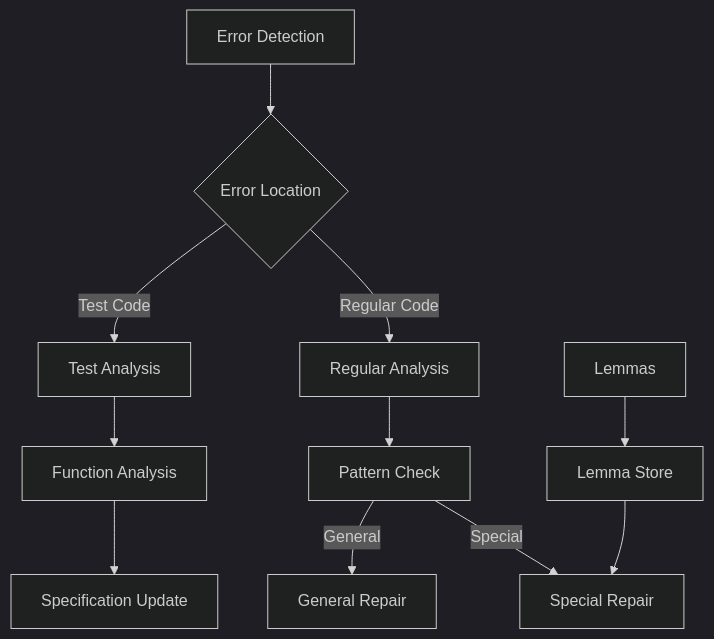
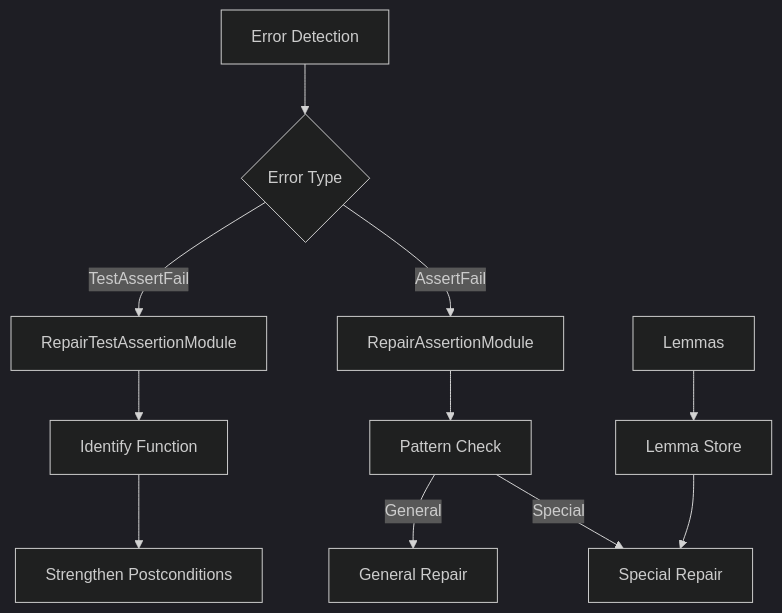
The second of 2 diagrams in documentation/technical/modules/repairs/assertion.md (ChuyueSun/VeriStruct), drawn with Mermaid (dark theme) before and after one commit. The commit also changed other lines of this file and 1 other file, not shown here.

First line of the commit message:
Refactor: Clean up assertion repair module separation

````diff
--- a/documentation/technical/modules/repairs/assertion.md
+++ b/documentation/technical/modules/repairs/assertion.md
@@ -88,16 +102,16 @@
 ```mermaid
 graph TD
-    A[Error Detection] --> B{Error Location}
-    B -->|Regular Code| C[Regular Analysis]
-    B -->|Test Code| D[Test Analysis]
+    A[Error Detection] --> B{Error Type}
+    B -->|AssertFail| C[RepairAssertionModule]
+    B -->|TestAssertFail| D[RepairTestAssertionModule]
 
     C --> E[Pattern Check]
     E -->|Special| F[Special Repair]
     E -->|General| G[General Repair]
 
-    D --> H[Function Analysis]
-    H --> I[Specification Update]
+    D --> H[Identify Function]
+    H --> I[Strengthen Postconditions]
 
     J[Lemmas] --> K[Lemma Store]
     K --> F
 ```
````
